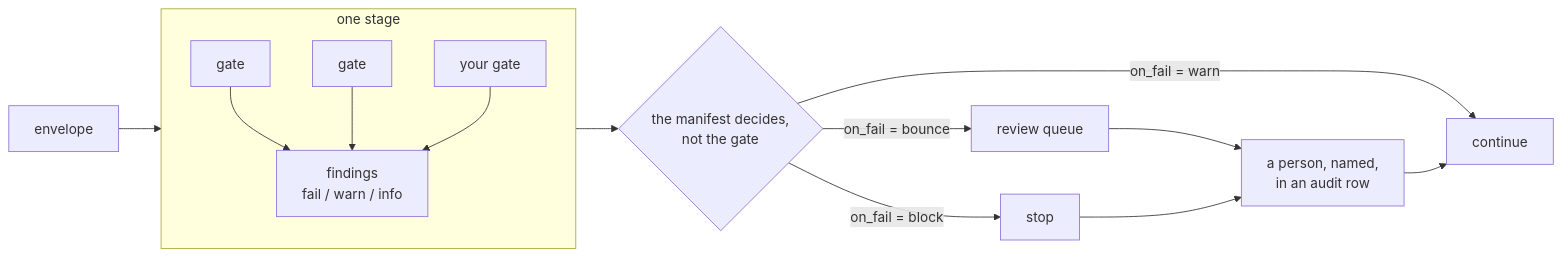
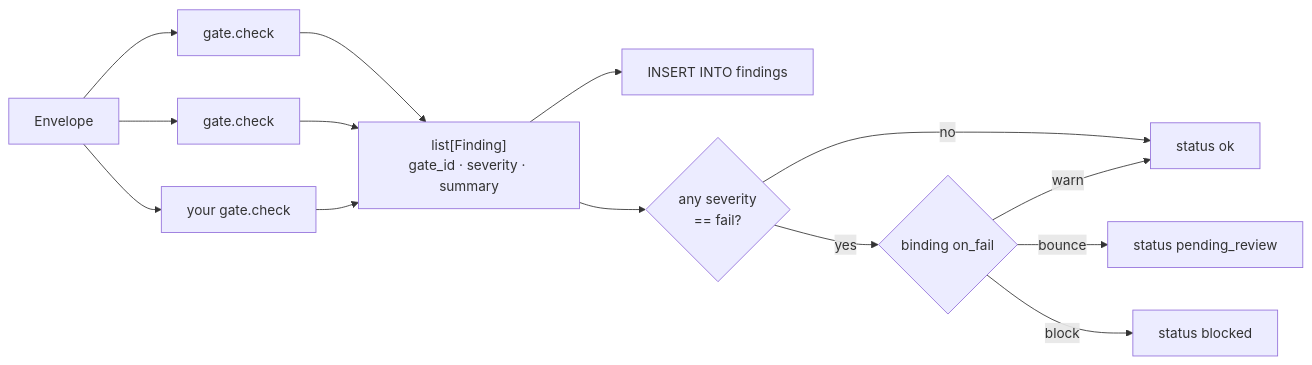
Before and after one commit to harkins-solutions/docketry: the second of 4 diagrams in ARCHITECTURE.md, drawn with Mermaid. The commit also changed other lines of this file and 20 other files, not shown here.

````diff
--- a/ARCHITECTURE.md
+++ b/ARCHITECTURE.md
@@ -46,17 +43,16 @@
 ```mermaid
 flowchart LR
-  subgraph STAGE["one stage"]
-    direction TB
-    G1["gate"] --> FIND["findings<br/>fail / warn / info"]
-    G2["gate"] --> FIND
-    G3["your gate"] --> FIND
-  end
-  ENV["envelope"] --> STAGE
-  FIND --> POLICY{"the manifest decides,<br/>not the gate"}
-  POLICY -- "on_fail = warn" --> GO["continue"]
-  POLICY -- "on_fail = bounce" --> Q["review queue"]
-  POLICY -- "on_fail = block" --> B["stop"]
-  Q --> HUMAN["a person, named,<br/>in an audit row"]
-  B --> HUMAN
-  HUMAN --> GO
+  ENV["Envelope"] --> G1["gate.check"]
+  ENV --> G2["gate.check"]
+  ENV --> G3["your gate.check"]
+  G1 --> F["list[Finding]<br/>gate_id · severity · summary"]
+  G2 --> F
+  G3 --> F
+  F --> W["INSERT INTO findings"]
+  F --> SEV{"any severity<br/>== fail?"}
+  SEV -- "no" --> OK["status ok"]
+  SEV -- "yes" --> ONFAIL{"binding on_fail"}
+  ONFAIL -- "warn" --> OK
+  ONFAIL -- "bounce" --> PR["status pending_review"]
+  ONFAIL -- "block" --> BL["status blocked"]
 ```
````
